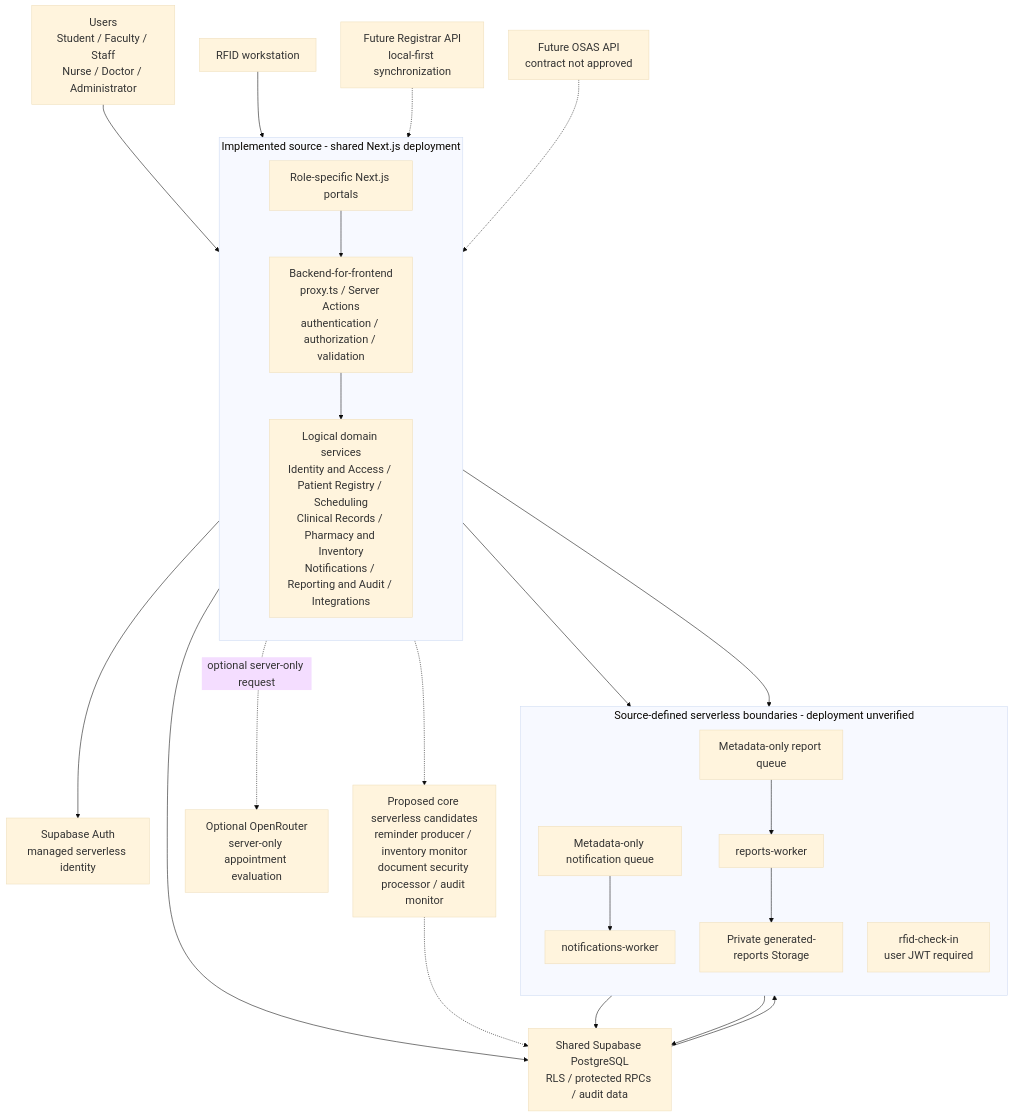
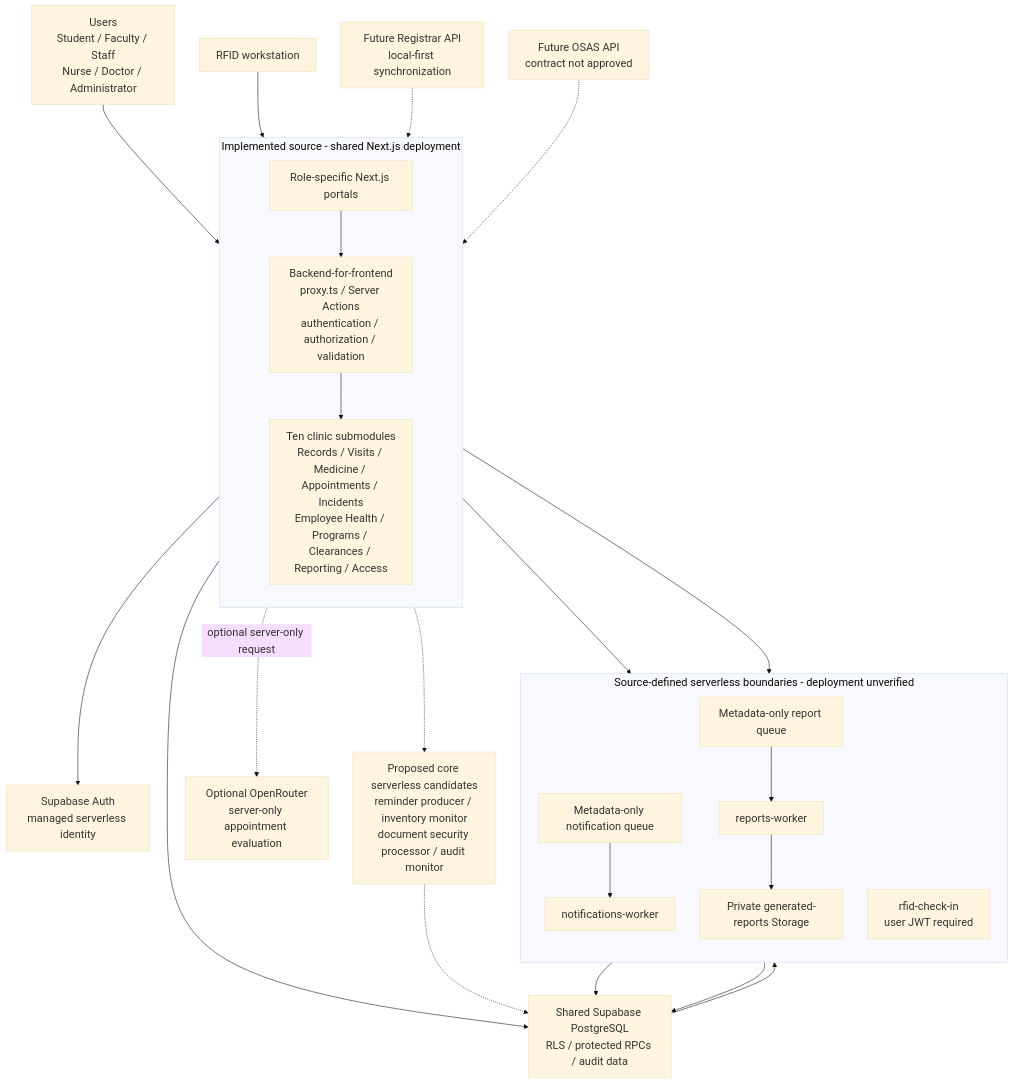
One commit to Tokise/Zentraq-backend changed the tenth of 14 diagrams in docs/SOFTWARE_ARCHITECTURE_DOCUMENT.md. Above: the diagram before and after it, drawn with Mermaid. The commit also changed other lines of this file and 4 other files, not shown here.

````diff
--- a/docs/SOFTWARE_ARCHITECTURE_DOCUMENT.md
+++ b/docs/SOFTWARE_ARCHITECTURE_DOCUMENT.md
@@ -676,57 +695,57 @@
 ```mermaid
 ---
 config:
   theme: base
   themeVariables:
     fontSize: "20px"
   flowchart:
     nodeSpacing: 45
     rankSpacing: 60
 ---
 flowchart TB
     Users["Users<br/>Student / Faculty / Staff<br/>Nurse / Doctor / Administrator"]
     Scanner["RFID workstation"]
 
     subgraph Application["Implemented source - shared Next.js deployment"]
         direction TB
         Portals["Role-specific Next.js portals"]
         Boundary["Backend-for-frontend<br/>proxy.ts / Server Actions<br/>authentication / authorization / validation"]
-        Domains["Logical domain services<br/>Identity and Access / Patient Registry / Scheduling<br/>Clinical Records / Pharmacy and Inventory<br/>Notifications / Reporting and Audit / Integrations"]
-        Portals --> Boundary --> Domains
+        Modules["Ten clinic submodules<br/>Records / Visits / Medicine / Appointments / Incidents<br/>Employee Health / Programs / Clearances / Reporting / Access"]
+        Portals --> Boundary --> Modules
     end
 
     Auth["Supabase Auth<br/>managed serverless identity"]
     Database["Shared Supabase PostgreSQL<br/>RLS / protected RPCs / audit data"]
 
     subgraph Focused["Source-defined serverless boundaries - deployment unverified"]
         direction TB
         NotificationQueue["Metadata-only notification queue"]
         NotificationWorker["notifications-worker"]
         ReportQueue["Metadata-only report queue"]
         ReportWorker["reports-worker"]
         ReportStorage["Private generated-reports Storage"]
         RfidWorker["rfid-check-in<br/>user JWT required"]
 
         NotificationQueue --> NotificationWorker
         ReportQueue --> ReportWorker --> ReportStorage
     end
 
     OpenRouter["Optional OpenRouter<br/>server-only appointment evaluation"]
     Candidates["Proposed core serverless candidates<br/>reminder producer / inventory monitor<br/>document security processor / audit monitor"]
     Registrar["Future Registrar API<br/>local-first synchronization"]
     OSAS["Future OSAS API<br/>contract not approved"]
 
     Users --> Portals
     Scanner --> Boundary
     Boundary --> Auth
-    Domains --> Database
+    Modules --> Database
     Database --> NotificationQueue
     NotificationWorker --> Database
-    Domains --> ReportQueue
+    Modules --> ReportQueue
     Boundary --> RfidWorker --> Database
-    Domains -.->|optional server-only request| OpenRouter
-    Domains -.-> Candidates
+    Modules -.->|optional server-only request| OpenRouter
+    Modules -.-> Candidates
     Candidates -.-> Database
-    Registrar -.-> Domains
-    OSAS -.-> Domains
+    Registrar -.-> Modules
+    OSAS -.-> Modules
 ```
````
